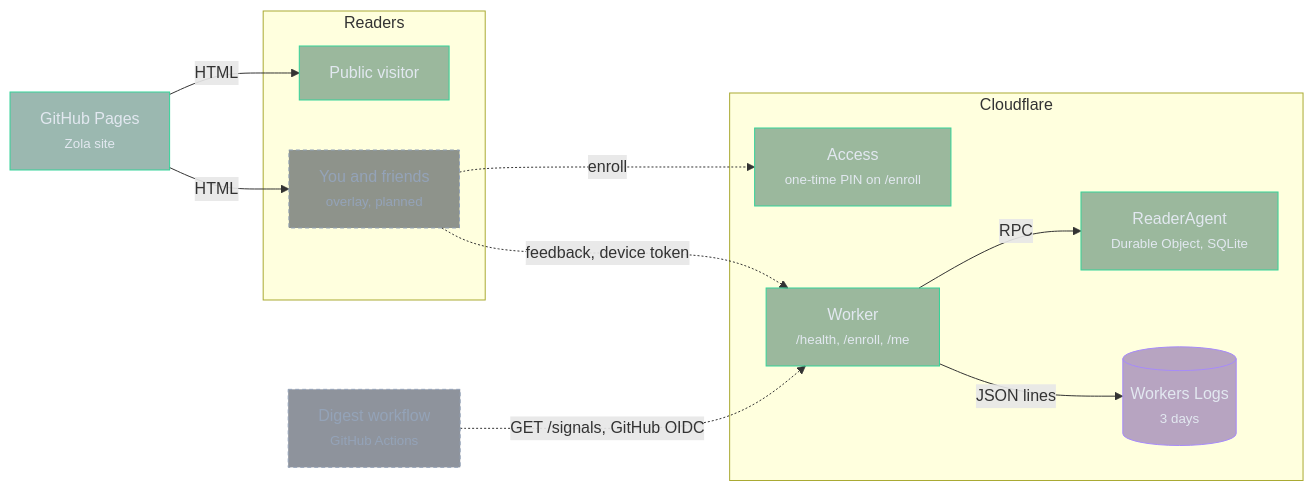
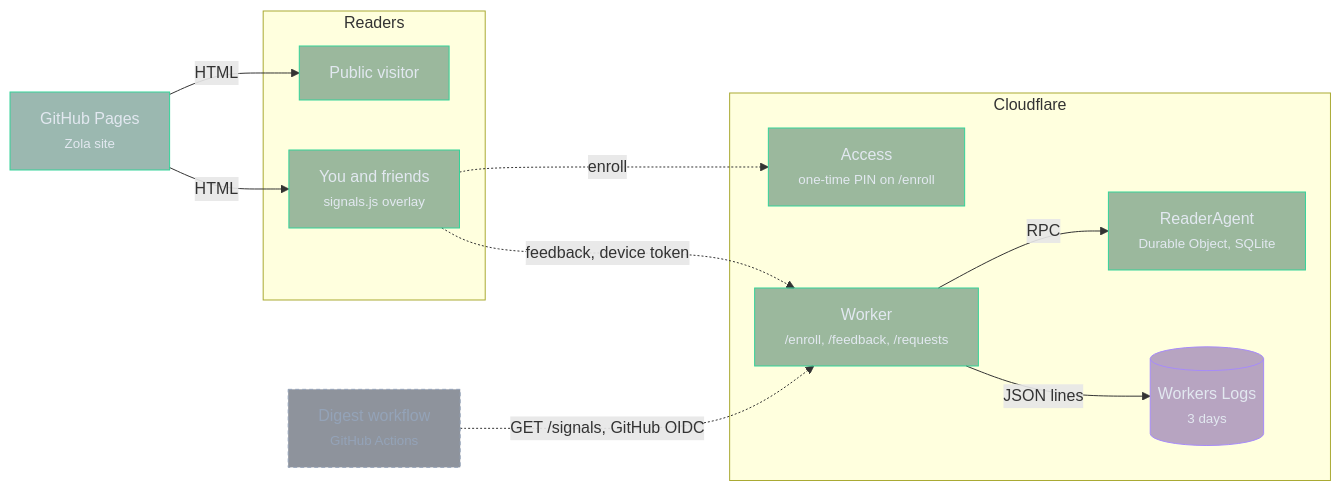
The diagram in signals/README.md (xkef/swe-digest), drawn with Mermaid before and after one commit. The commit also changed other lines of this file and 7 other files, not shown here.

First line of the commit message:
feat(site): add the feedback overlay for enrolled readers

````diff
--- a/signals/README.md
+++ b/signals/README.md
@@ -12,33 +12,33 @@
 ```mermaid
 flowchart LR
   subgraph clients [Readers]
     visitor["Public visitor"]
-    owner["You and friends<br/><small>overlay, planned</small>"]
+    owner["You and friends<br/><small>signals.js overlay</small>"]
   end
 
   pages["GitHub Pages<br/><small>Zola site</small>"]
 
   subgraph cf [Cloudflare]
     access["Access<br/><small>one-time PIN on /enroll</small>"]
-    worker["Worker<br/><small>/health, /enroll, /me</small>"]
+    worker["Worker<br/><small>/enroll, /feedback, /requests</small>"]
     agent["ReaderAgent<br/><small>Durable Object, SQLite</small>"]
     logs[("Workers Logs<br/><small>3 days</small>")]
   end
 
   runs["Digest workflow<br/><small>GitHub Actions</small>"]
 
   pages -- "HTML" --> visitor
   pages -- "HTML" --> owner
   owner -. "enroll" .-> access
   owner -. "feedback, device token" .-> worker
   worker -- "RPC" --> agent
   worker -- "JSON lines" --> logs
   runs -. "GET /signals, GitHub OIDC" .-> worker
 
   classDef live fill:#064e3b66,stroke:#34d399,color:#e2e8f0
   classDef planned fill:#1e293b80,stroke:#94a3b8,stroke-dasharray:4 3,color:#94a3b8
   classDef store fill:#4c1d9566,stroke:#a78bfa,color:#e2e8f0
-  class visitor,pages,access,worker,agent live
-  class owner,runs planned
+  class visitor,pages,owner,access,worker,agent live
+  class runs planned
   class logs store
 ```
````
